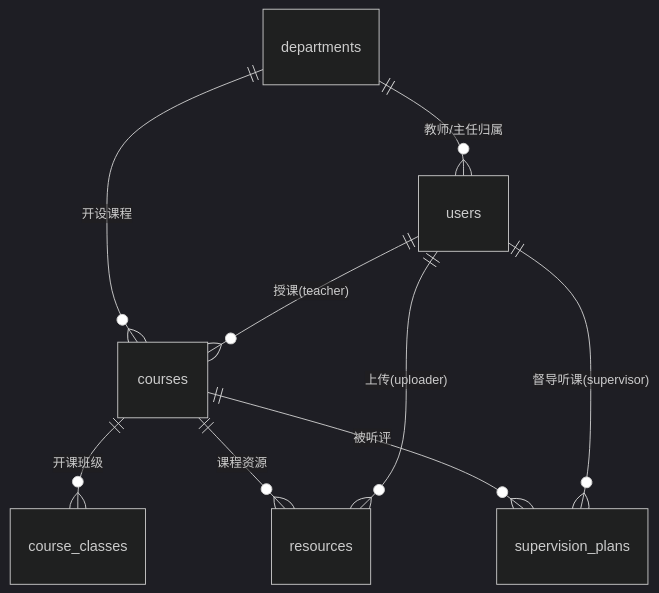
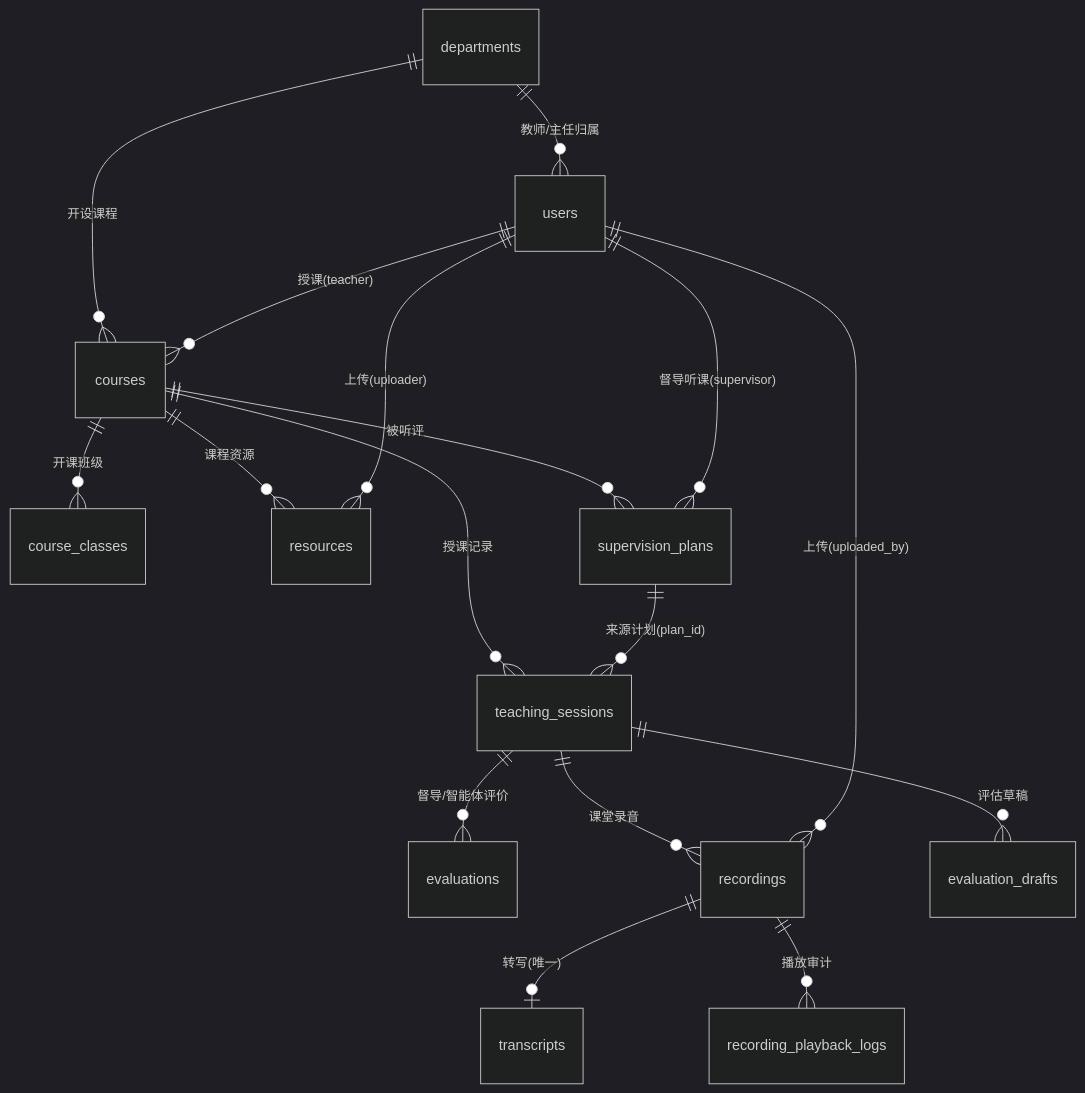
The diagram in docs/MySQL数据库创建指导.md (kaix-rbq/I-teaching-Web-app), drawn with Mermaid (dark theme) before and after one commit. The commit also changed other lines of this file and 6 other files, not shown here.

````diff
--- a/docs/MySQL数据库创建指导.md
+++ b/docs/MySQL数据库创建指导.md
@@ -46,11 +48,19 @@
 ```mermaid
 erDiagram
     departments ||--o{ users : "教师/主任归属"
     departments ||--o{ courses : "开设课程"
     users ||--o{ courses : "授课(teacher)"
     courses ||--o{ course_classes : "开课班级"
     courses ||--o{ resources : "课程资源"
     users ||--o{ resources : "上传(uploader)"
     courses ||--o{ supervision_plans : "被听评"
     users ||--o{ supervision_plans : "督导听课(supervisor)"
+    courses ||--o{ teaching_sessions : "授课记录"
+    supervision_plans ||--o{ teaching_sessions : "来源计划(plan_id)"
+    teaching_sessions ||--o{ evaluations : "督导/智能体评价"
+    teaching_sessions ||--o{ recordings : "课堂录音"
+    users ||--o{ recordings : "上传(uploaded_by)"
+    recordings ||--o| transcripts : "转写(唯一)"
+    recordings ||--o{ recording_playback_logs : "播放审计"
+    teaching_sessions ||--o{ evaluation_drafts : "评估草稿"
 ```
````
